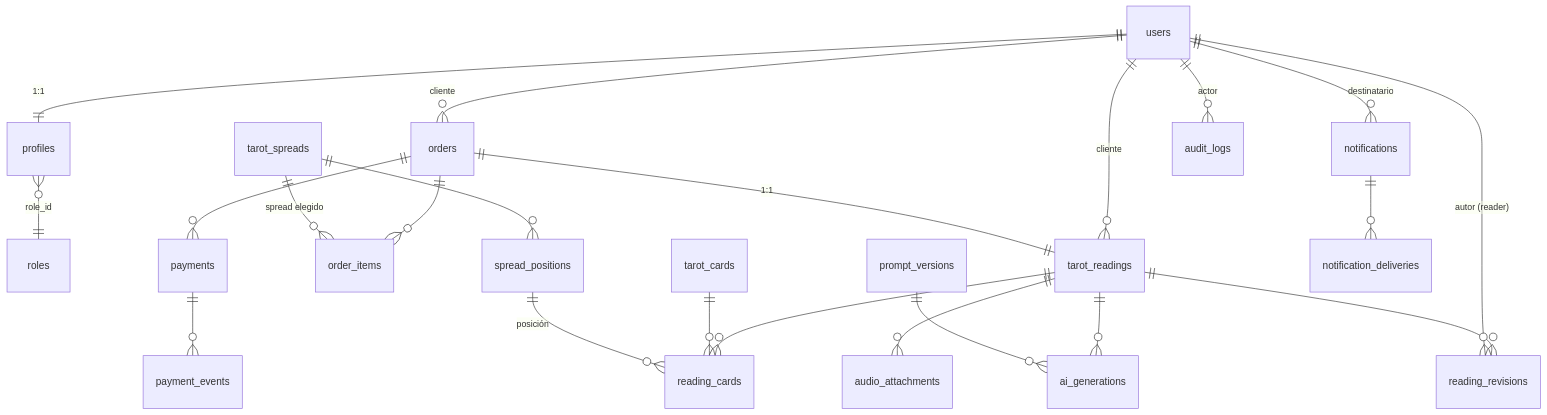
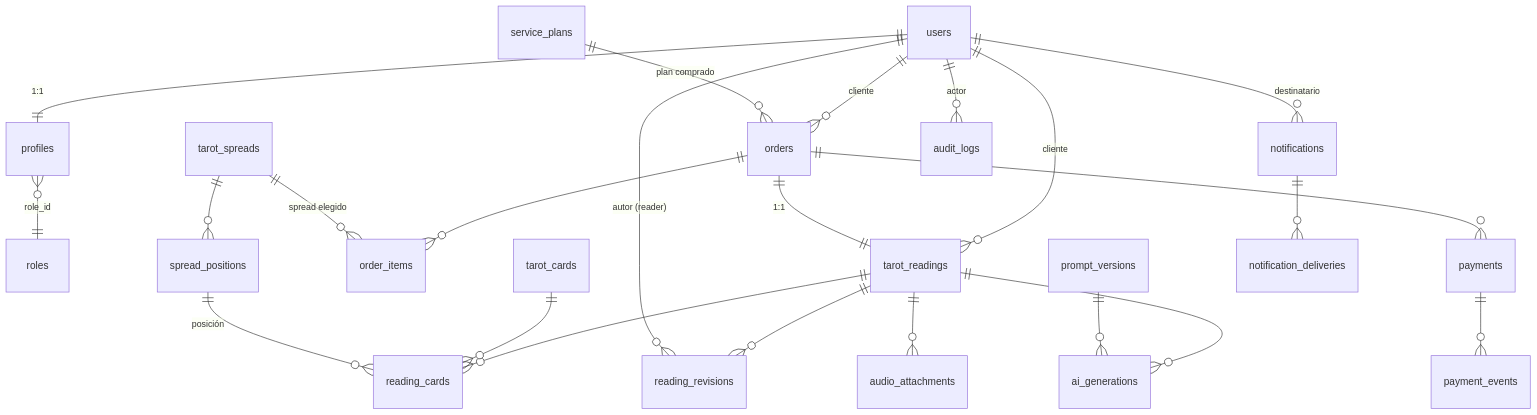
Before and after one commit to joacov7/Tarot: the diagram in docs/03-esquema-base-datos.md, drawn with Mermaid. The commit also changed other lines of this file and 4 other files, not shown here.

````diff
--- a/docs/03-esquema-base-datos.md
+++ b/docs/03-esquema-base-datos.md
@@ -11,24 +11,25 @@
 ```mermaid
 erDiagram
     users ||--|| profiles : "1:1"
     profiles }o--|| roles : "role_id"
     users ||--o{ orders : "cliente"
     users ||--o{ tarot_readings : "cliente"
+    service_plans ||--o{ orders : "plan comprado"
     orders ||--|| tarot_readings : "1:1"
     orders ||--o{ order_items : ""
     orders ||--o{ payments : ""
     payments ||--o{ payment_events : ""
     tarot_spreads ||--o{ spread_positions : ""
     tarot_spreads ||--o{ order_items : "spread elegido"
     tarot_readings ||--o{ reading_cards : ""
     tarot_cards ||--o{ reading_cards : ""
     spread_positions ||--o{ reading_cards : "posición"
     tarot_readings ||--o{ ai_generations : ""
     prompt_versions ||--o{ ai_generations : ""
     tarot_readings ||--o{ reading_revisions : ""
     users ||--o{ reading_revisions : "autor (reader)"
     tarot_readings ||--o{ audio_attachments : ""
     users ||--o{ notifications : "destinatario"
     notifications ||--o{ notification_deliveries : ""
     users ||--o{ audit_logs : "actor"
 ```
````
